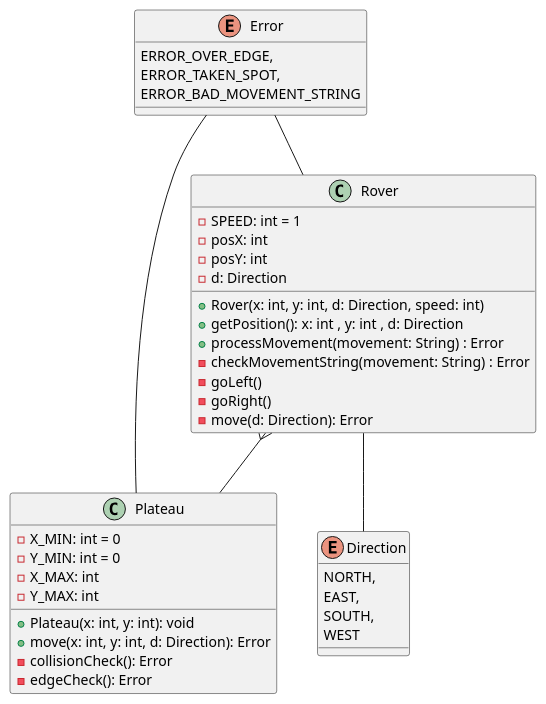
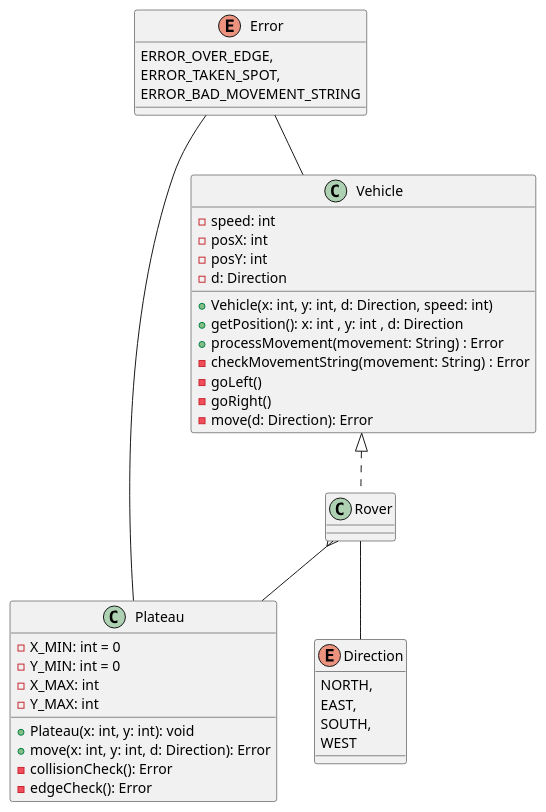
One commit to abinormal/mars-rover-kata changed the diagram in mars-rover.puml. Above: the diagram before and after it, drawn with PlantUML.

Commit message:
Added Vehicle class.

```diff
--- a/mars-rover.puml
+++ b/mars-rover.puml
@@ -1,50 +1,54 @@
 @startuml
 'https://plantuml.com/class-diagram
 
 Rover }-- Plateau
 Rover -- Direction
 
 Error -- Plateau
-Error -- Rover
+Error -- Vehicle
 
 class Plateau {
 - X_MIN: int = 0
 - Y_MIN: int = 0
 - X_MAX: int
 - Y_MAX: int
 
 + Plateau(x: int, y: int): void
 + move(x: int, y: int, d: Direction): Error
 - collisionCheck(): Error
 - edgeCheck(): Error
 }
 
-class Rover {
-- SPEED: int = 1
-- posX: int
-- posY: int
-- d: Direction
+class Vehicle {
+    - speed: int
+    - posX: int
+    - posY: int
+    - d: Direction
 
-+ Rover(x: int, y: int, d: Direction, speed: int)
-+ getPosition(): x: int , y: int , d: Direction
-+ processMovement(movement: String) : Error
-- checkMovementString(movement: String) : Error
-- goLeft()
-- goRight()
-- move(d: Direction): Error
+    + Vehicle(x: int, y: int, d: Direction, speed: int)
+    + getPosition(): x: int , y: int , d: Direction
+    + processMovement(movement: String) : Error
+    - checkMovementString(movement: String) : Error
+    - goLeft()
+    - goRight()
+    - move(d: Direction): Error
 }
+
+class Rover implements Vehicle {
+}
+
 
 enum Error {
     ERROR_OVER_EDGE,
     ERROR_TAKEN_SPOT,
     ERROR_BAD_MOVEMENT_STRING
 }
 
 enum Direction {
 NORTH,
 EAST,
 SOUTH,
 WEST
 }
 
 @enduml
```
